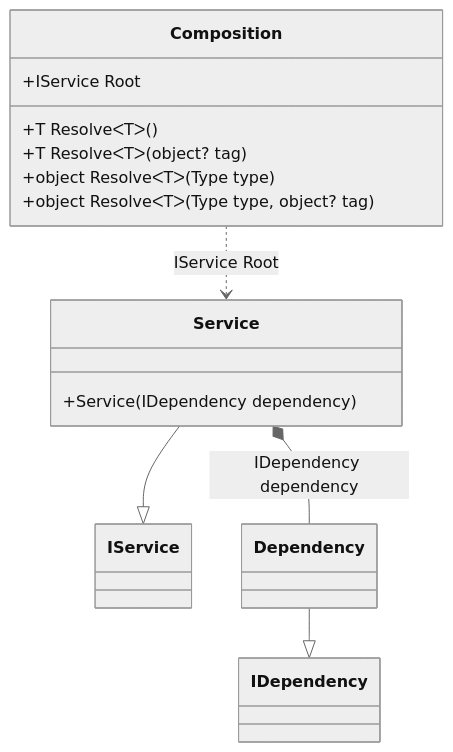
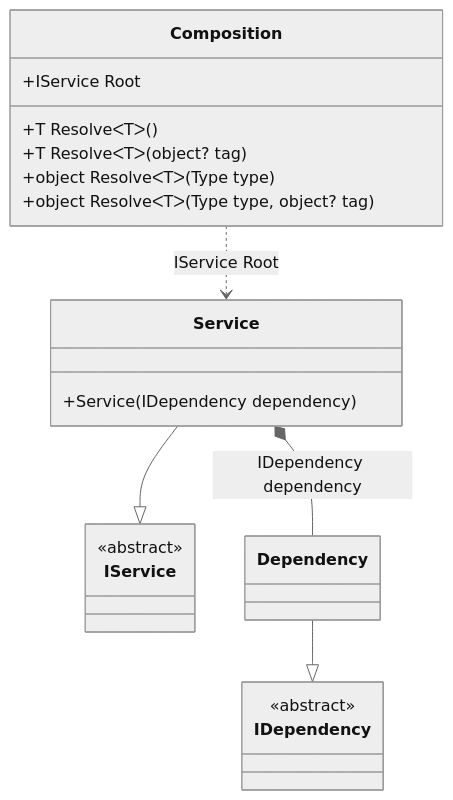
Before and after one commit to DevTeam/Pure.DI: the third of 35 diagrams in readme/Examples.md, drawn with Mermaid (neutral theme). The commit also changed other lines of this file and 3 other files, not shown here.

````diff
--- a/readme/Examples.md
+++ b/readme/Examples.md
@@ -210,18 +222,24 @@
 ```mermaid
 classDiagram
-class Composition {
-+IService Root
-+T ResolveᐸTᐳ()
-+T ResolveᐸTᐳ(object? tag)
-+object ResolveᐸTᐳ(Type type)
-+object ResolveᐸTᐳ(Type type, object? tag)
-}
-Service --|> IService : 
-class Service {
-+Service(IDependency dependency)
-}
-Dependency --|> IDependency : 
-class Dependency
-Service *--  Dependency : IDependency dependency
-Composition ..> Service : IService Root
+  class Composition {
+    +IService Root
+    +T ResolveᐸTᐳ()
+    +T ResolveᐸTᐳ(object? tag)
+    +object ResolveᐸTᐳ(Type type)
+    +object ResolveᐸTᐳ(Type type, object? tag)
+  }
+  Service --|> IService : 
+  class Service {
+    +Service(IDependency dependency)
+  }
+  Dependency --|> IDependency : 
+  class Dependency
+  class IService {
+    <<abstract>>
+  }
+  class IDependency {
+    <<abstract>>
+  }
+  Service *--  Dependency : IDependency dependency
+  Composition ..> Service : IService Root
 ```
````
